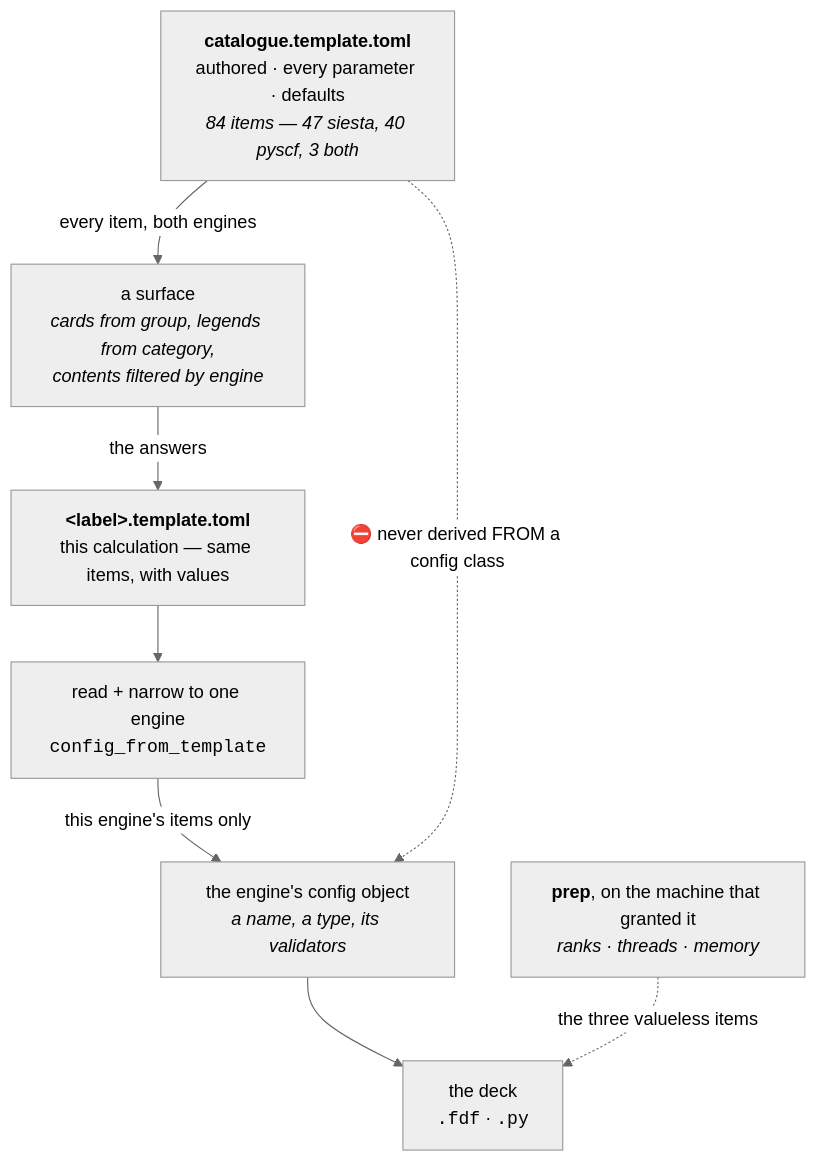
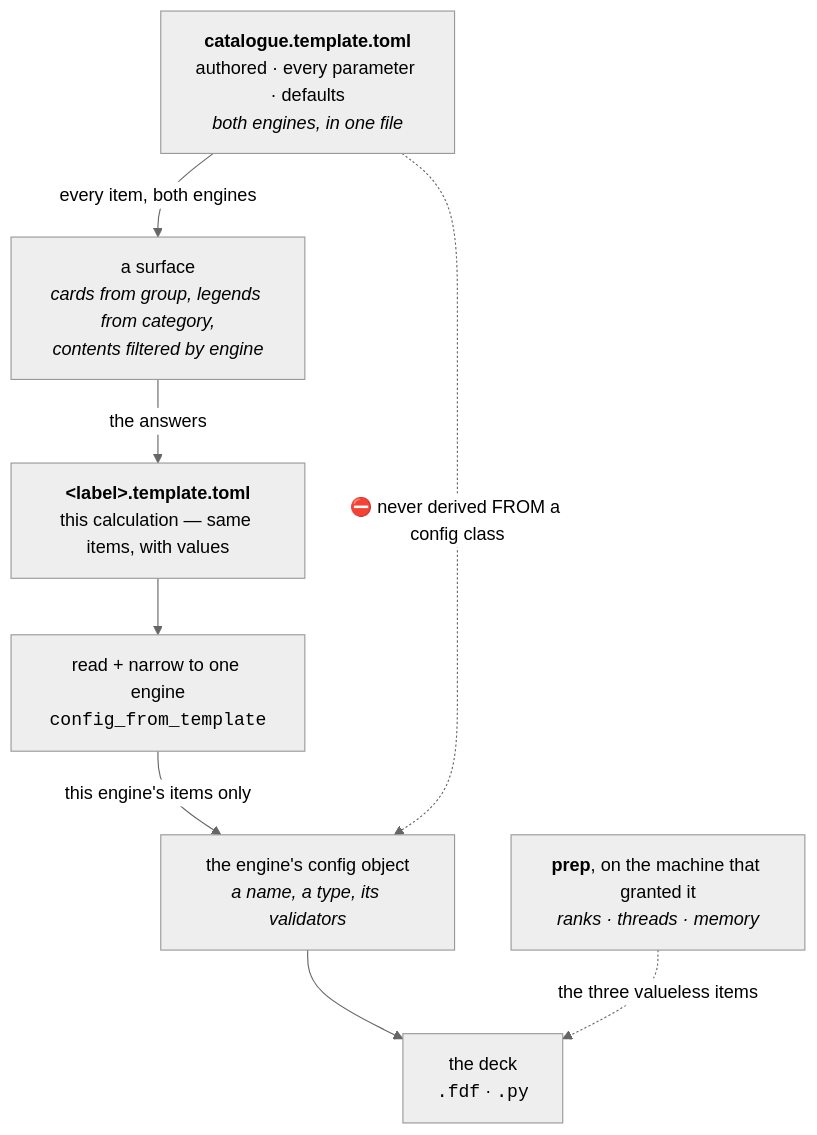
The second of 9 diagrams in docs/engines/template.md (Qing-LAB/molbuilder), drawn with Mermaid (neutral theme) before and after one commit. The commit also changed other lines of this file and 85 other files, not shown here.

First line of the commit message:
refactor(contracts): one door per fact -- template path, GPU rule, machine-answered set

````diff
--- a/docs/engines/template.md
+++ b/docs/engines/template.md
@@ -463,19 +556,19 @@
 ```mermaid
 flowchart TD
-    CAT["<b>catalogue.template.toml</b><br/>authored · every parameter · defaults<br/><i>84 items — 47 siesta, 40 pyscf, 3 both</i>"]
+    CAT["<b>catalogue.template.toml</b><br/>authored · every parameter · defaults<br/><i>both engines, in one file</i>"]
     UI["a surface<br/><i>cards from group, legends from category,<br/>contents filtered by engine</i>"]
     TPL["<b>&lt;label&gt;.template.toml</b><br/>this calculation — same items, with values"]
     RD["read + narrow to one engine<br/><code>config_from_template</code>"]
     CFG["the engine's config object<br/><i>a name, a type, its validators</i>"]
     DECK["the deck<br/><code>.fdf</code> · <code>.py</code>"]
     ALLOC["<b>prep</b>, on the machine that granted it<br/><i>ranks · threads · memory</i>"]
 
     CAT -->|"every item, both engines"| UI
     UI -->|"the answers"| TPL
     TPL --> RD
     RD -->|"this engine's items only"| CFG
     CFG --> DECK
     ALLOC -.->|"the three valueless items"| DECK
 
     CAT -.->|"⛔ never derived FROM a config class"| CFG
 ```
````
